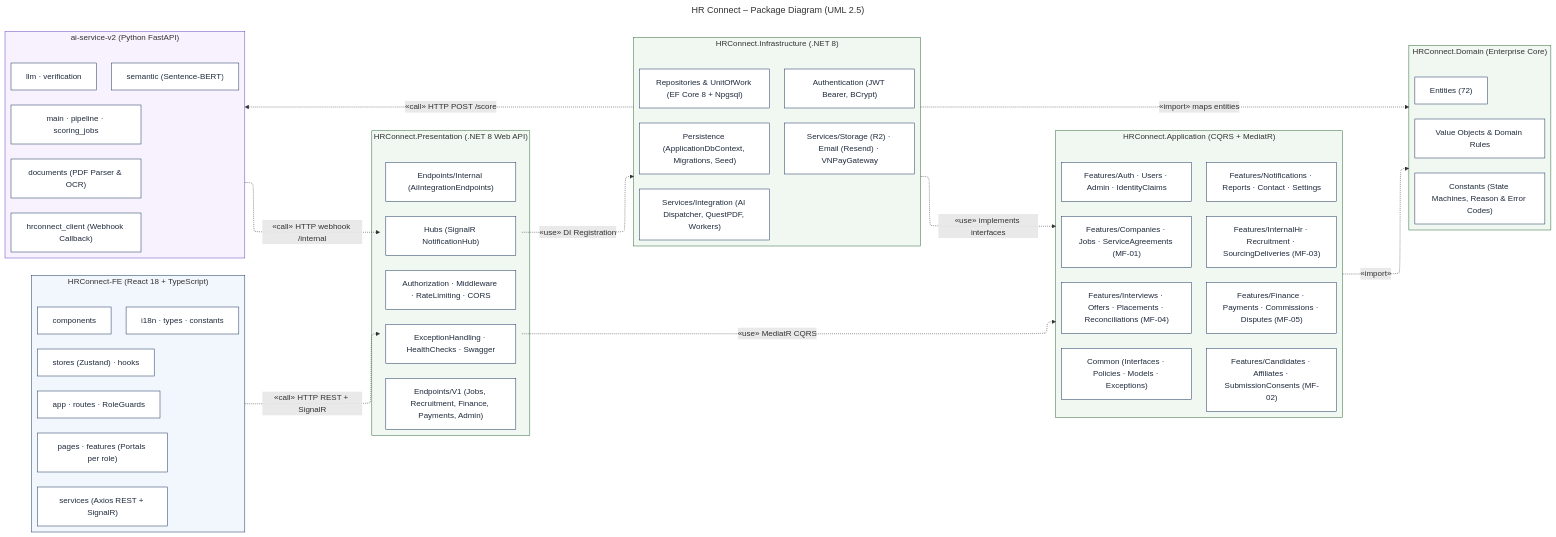
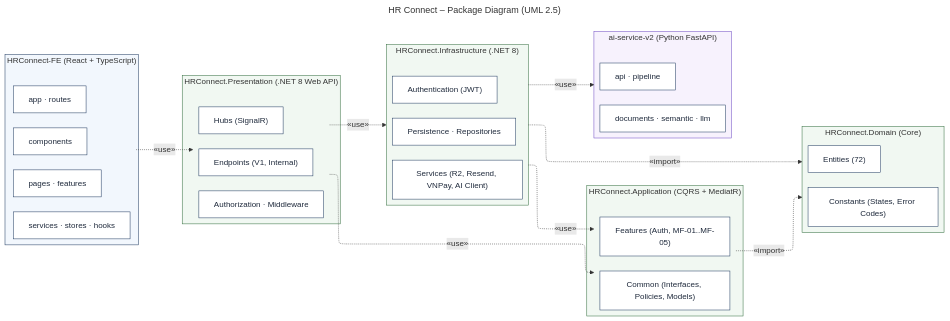
The diagram in docs/diagrams/architecture/source/pkg-hr-connect.mmd (hoangqui794/hr-connect), drawn with Mermaid before and after one commit. The commit also changed 2 other files, not shown here.

Commit message:
docs(arch): enforce strict UML 2.5 DAG stereotypes in package diagram

```diff
--- a/docs/diagrams/architecture/source/pkg-hr-connect.mmd
+++ b/docs/diagrams/architecture/source/pkg-hr-connect.mmd
@@ -1,71 +1,54 @@
 ---
 title: HR Connect – Package Diagram (UML 2.5)
 config:
   layout: elk
 ---
 flowchart LR
-  subgraph FE["HRConnect-FE (React 18 + TypeScript)"]
+  subgraph FE["HRConnect-FE (React + TypeScript)"]
     direction TB
-    FE0["app · routes · RoleGuards"]
-    FE1["pages · features (Portals per role)"]
+    FE0["app · routes"]
+    FE1["pages · features"]
     FE2["components"]
-    FE3["services (Axios REST + SignalR)"]
-    FE4["stores (Zustand) · hooks"]
-    FE5["i18n · types · constants"]
+    FE3["services · stores · hooks"]
   end
   subgraph PRES["HRConnect.Presentation (.NET 8 Web API)"]
     direction TB
-    PRES0["Endpoints/V1 (Jobs, Recruitment, Finance, Payments, Admin)"]
-    PRES1["Endpoints/Internal (AiIntegrationEndpoints)"]
-    PRES2["Hubs (SignalR NotificationHub)"]
-    PRES3["Authorization · Middleware · RateLimiting · CORS"]
-    PRES4["ExceptionHandling · HealthChecks · Swagger"]
+    PRES0["Endpoints (V1, Internal)"]
+    PRES1["Hubs (SignalR)"]
+    PRES2["Authorization · Middleware"]
   end
   subgraph APP["HRConnect.Application (CQRS + MediatR)"]
     direction TB
-    APP0["Features/Auth · Users · Admin · IdentityClaims"]
-    APP1["Features/Companies · Jobs · ServiceAgreements (MF-01)"]
-    APP2["Features/Candidates · Affiliates · SubmissionConsents (MF-02)"]
-    APP3["Features/InternalHr · Recruitment · SourcingDeliveries (MF-03)"]
-    APP4["Features/Interviews · Offers · Placements · Reconciliations (MF-04)"]
-    APP5["Features/Finance · Payments · Commissions · Disputes (MF-05)"]
-    APP6["Features/Notifications · Reports · Contact · Settings"]
-    APP7["Common (Interfaces · Policies · Models · Exceptions)"]
+    APP0["Features (Auth, MF-01..MF-05)"]
+    APP1["Common (Interfaces, Policies, Models)"]
   end
-  subgraph DOM["HRConnect.Domain (Enterprise Core)"]
+  subgraph DOM["HRConnect.Domain (Core)"]
     direction TB
     DOM0["Entities (72)"]
-    DOM1["Constants (State Machines, Reason & Error Codes)"]
-    DOM2["Value Objects & Domain Rules"]
+    DOM1["Constants (States, Error Codes)"]
   end
   subgraph INF["HRConnect.Infrastructure (.NET 8)"]
     direction TB
-    INF0["Persistence (ApplicationDbContext, Migrations, Seed)"]
-    INF1["Repositories & UnitOfWork (EF Core 8 + Npgsql)"]
-    INF2["Authentication (JWT Bearer, BCrypt)"]
-    INF3["Services/Storage (R2) · Email (Resend) · VNPayGateway"]
-    INF4["Services/Integration (AI Dispatcher, QuestPDF, Workers)"]
+    INF0["Persistence · Repositories"]
+    INF1["Authentication (JWT)"]
+    INF2["Services (R2, Resend, VNPay, AI Client)"]
   end
   subgraph AI["ai-service-v2 (Python FastAPI)"]
     direction TB
-    AI0["main · pipeline · scoring_jobs"]
-    AI1["documents (PDF Parser & OCR)"]
-    AI2["semantic (Sentence-BERT)"]
-    AI3["llm · verification"]
-    AI4["hrconnect_client (Webhook Callback)"]
+    AI0["api · pipeline"]
+    AI1["documents · semantic · llm"]
   end
-  FE -.->|"«call» HTTP REST + SignalR"| PRES
-  PRES -.->|"«use» MediatR CQRS"| APP
-  PRES -.->|"«use» DI Registration"| INF
+  FE -.->|"«use»"| PRES
+  PRES -.->|"«use»"| APP
+  PRES -.->|"«use»"| INF
   APP -.->|"«import»"| DOM
-  INF -.->|"«use» implements interfaces"| APP
-  INF -.->|"«import» maps entities"| DOM
-  INF -.->|"«call» HTTP POST /score"| AI
-  AI -.->|"«call» HTTP webhook /internal"| PRES
+  INF -.->|"«use»"| APP
+  INF -.->|"«import»"| DOM
+  INF -.->|"«use»"| AI
   classDef default fill:#FFFFFF,stroke:#1B365D,color:#1F2A3C
   style FE fill:#F2F7FD,stroke:#1B365D
   style PRES fill:#F1F8F2,stroke:#2F6B3A
   style APP fill:#F1F8F2,stroke:#2F6B3A
   style DOM fill:#F1F8F2,stroke:#2F6B3A
   style INF fill:#F1F8F2,stroke:#2F6B3A
   style AI fill:#F7F2FD,stroke:#6B46C1
```
